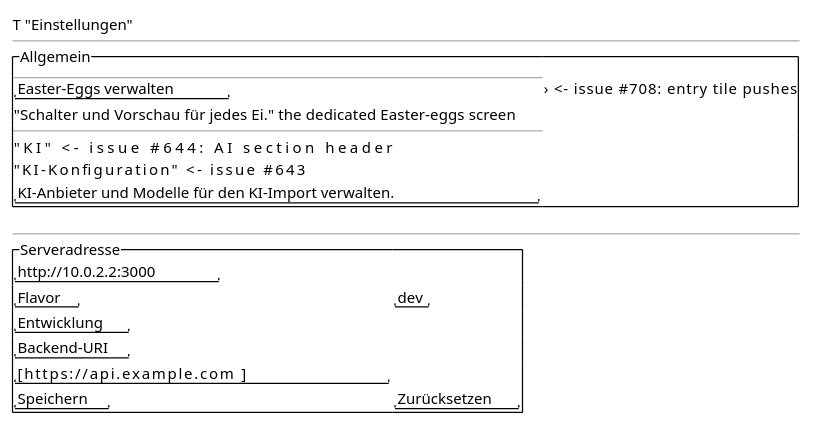
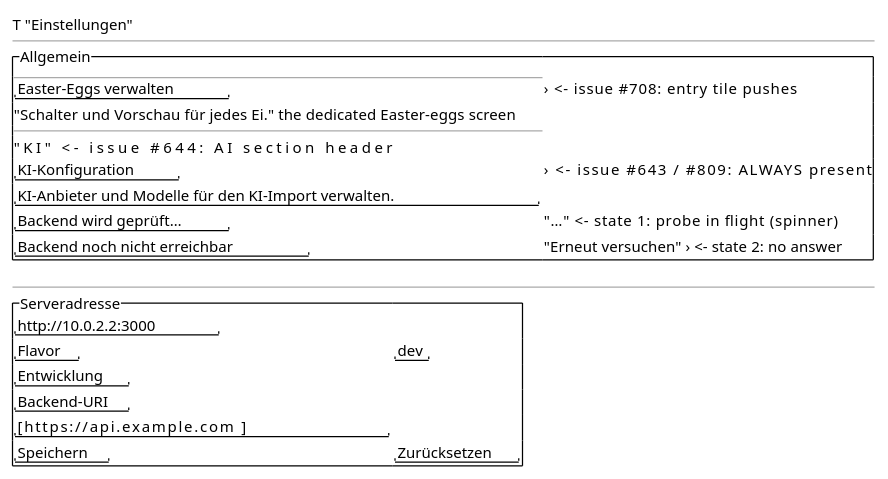
The diagram in docs/design/screens/settings.md (tradem/breakdown-rs), drawn with PlantUML before and after one commit. The commit also changed other lines of this file and 41 other files, not shown here.

````diff
--- a/docs/design/screens/settings.md
+++ b/docs/design/screens/settings.md
@@ -38,25 +41,27 @@
 ```plantuml
 @startsalt
 {
   T "Einstellungen"
   --
   {^ "Allgemein"
     --
     "Easter-Eggs verwalten" | ›        <- issue #708: entry tile pushes
     "Schalter und Vorschau für jedes Ei."   the dedicated Easter-eggs screen
     --
     "KI"                                 <- issue #644: AI section header
-    "KI-Konfiguration"                  <- issue #643
+    "KI-Konfiguration" | ›               <- issue #643 / #809: ALWAYS present
     "KI-Anbieter und Modelle für den KI-Import verwalten."
+    "Backend wird geprüft…" | "…"        <- state 1: probe in flight (spinner)
+    "Backend noch nicht erreichbar" | "Erneut versuchen" ›  <- state 2: no answer
   }
   --
   {^ "Serveradresse" | "http://10.0.2.2:3000"
      "Flavor" | "dev"
      "Entwicklung"
      "Backend-URI"
      "[https://api.example.com            ]"
      "Speichern" | "Zurücksetzen"
   }
 }
 @endsalt
 ```
````
